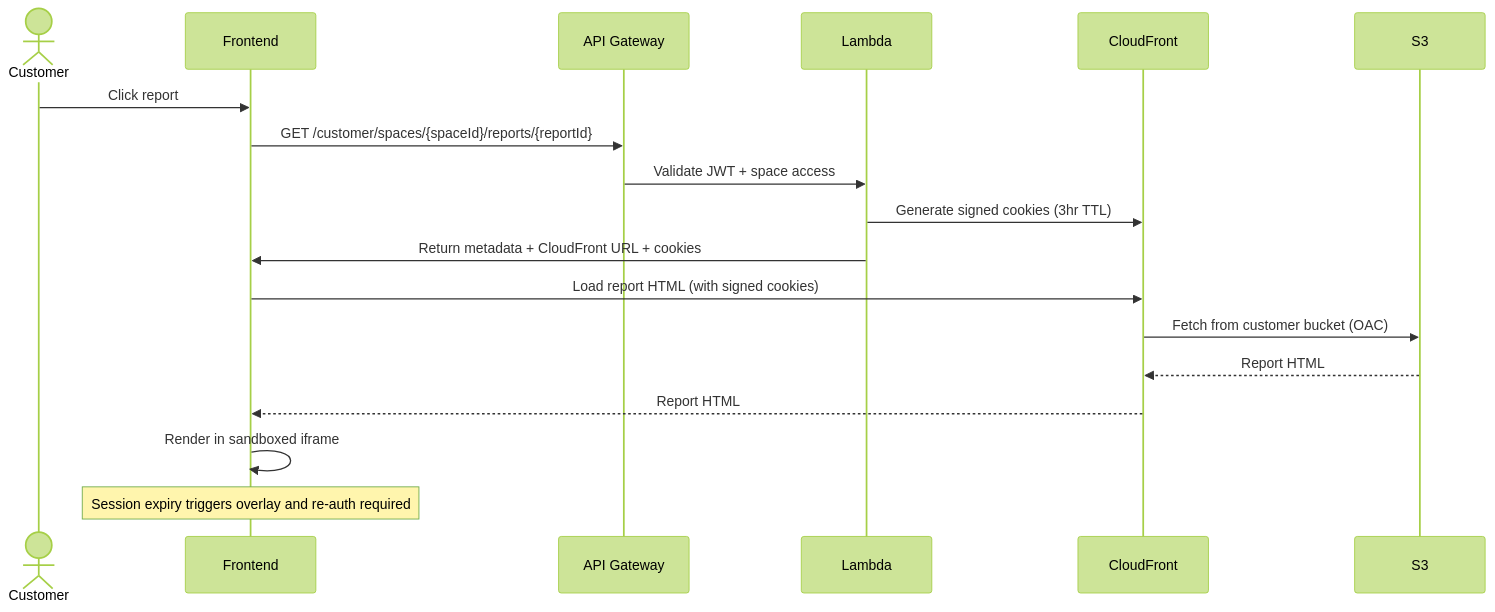
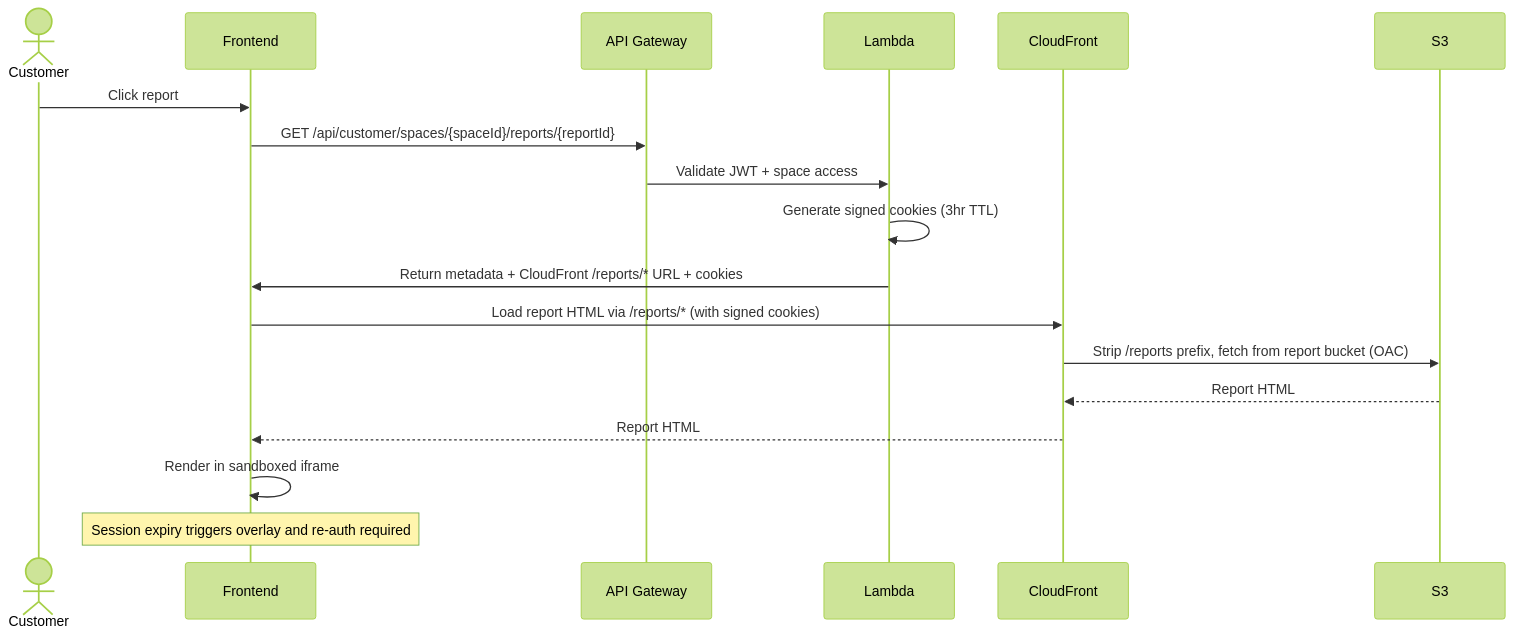
Before and after one commit to shanakaj/ReportsPortal: the sixth of 9 diagrams in README.md, drawn with Mermaid (forest theme). The commit also changed other lines of this file and 5 other files, not shown here.

First line of the commit message:
Consolidate CloudFront into single distribution with path-based routing (#4)

````diff
--- a/README.md
+++ b/README.md
@@ -448,22 +447,22 @@
 ```mermaid
 sequenceDiagram
     actor Customer
     participant Frontend
     participant API Gateway
     participant Lambda
     participant CloudFront
     participant S3
 
     Customer->>Frontend: Click report
-    Frontend->>API Gateway: GET /customer/spaces/{spaceId}/reports/{reportId}
+    Frontend->>API Gateway: GET /api/customer/spaces/{spaceId}/reports/{reportId}
     API Gateway->>Lambda: Validate JWT + space access
-    Lambda->>CloudFront: Generate signed cookies (3hr TTL)
-    Lambda->>Frontend: Return metadata + CloudFront URL + cookies
-    Frontend->>CloudFront: Load report HTML (with signed cookies)
-    CloudFront->>S3: Fetch from customer bucket (OAC)
+    Lambda->>Lambda: Generate signed cookies (3hr TTL)
+    Lambda->>Frontend: Return metadata + CloudFront /reports/* URL + cookies
+    Frontend->>CloudFront: Load report HTML via /reports/* (with signed cookies)
+    CloudFront->>S3: Strip /reports prefix, fetch from report bucket (OAC)
     S3-->>CloudFront: Report HTML
     CloudFront-->>Frontend: Report HTML
     Frontend->>Frontend: Render in sandboxed iframe
 
     Note over Frontend: Session expiry triggers overlay and re-auth required
 ```
````
